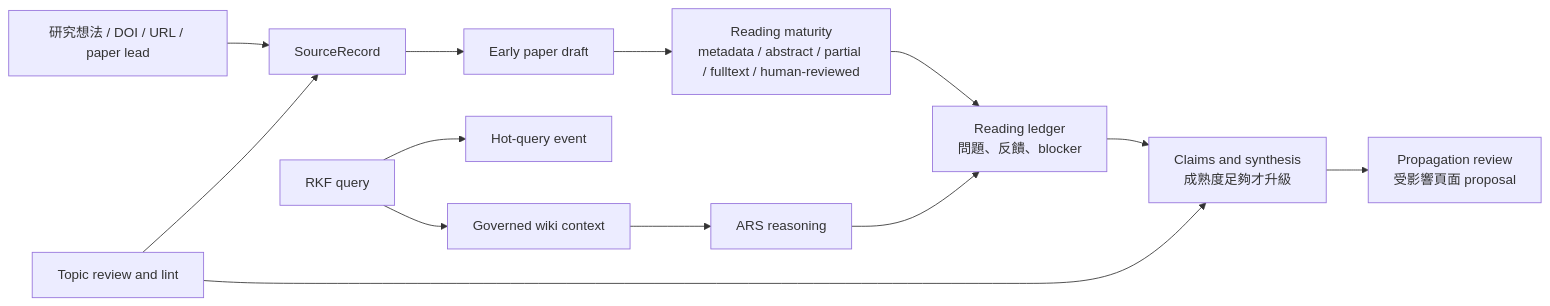
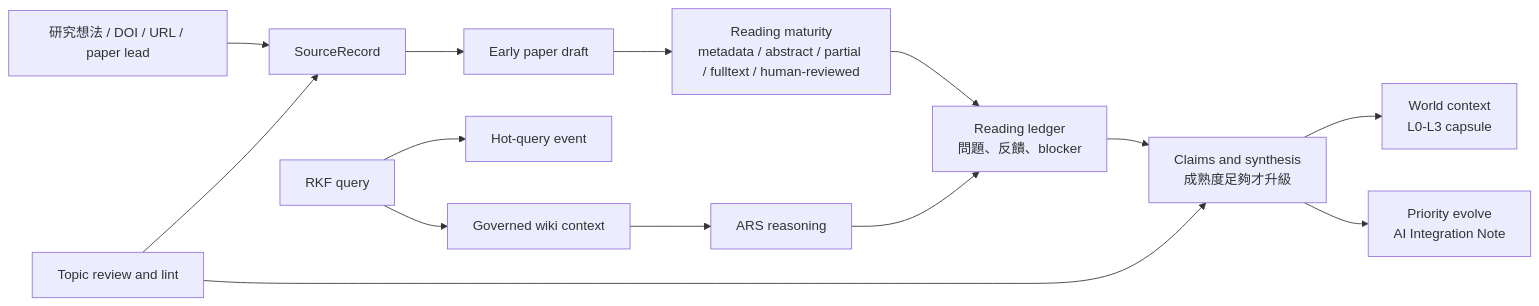
One commit to ChenHau-Lan/ResearchWiki changed the diagram in README.zh-TW.md. Above: the diagram before and after it, drawn with Mermaid. The commit also changed other lines of this file and 13 other files, not shown here.

````diff
--- a/README.zh-TW.md
+++ b/README.zh-TW.md
@@ -55,15 +62,16 @@
 ```mermaid
 flowchart LR
     A["研究想法 / DOI / URL / paper lead"] --> B["SourceRecord"]
     B --> C["Early paper draft"]
     C --> D["Reading maturity<br/>metadata / abstract / partial / fulltext / human-reviewed"]
     D --> E["Reading ledger<br/>問題、反饋、blocker"]
     E --> F["Claims and synthesis<br/>成熟度足夠才升級"]
-    F --> G["Propagation review<br/>受影響頁面 proposal"]
+    F --> G["World context<br/>L0-L3 capsule"]
+    F --> M["Priority evolve<br/>AI Integration Note"]
     H["RKF query"] --> I["Hot-query event"]
     H --> J["Governed wiki context"]
     J --> K["ARS reasoning"]
     K --> E
     L["Topic review and lint"] --> B
     L --> F
 ```
````
